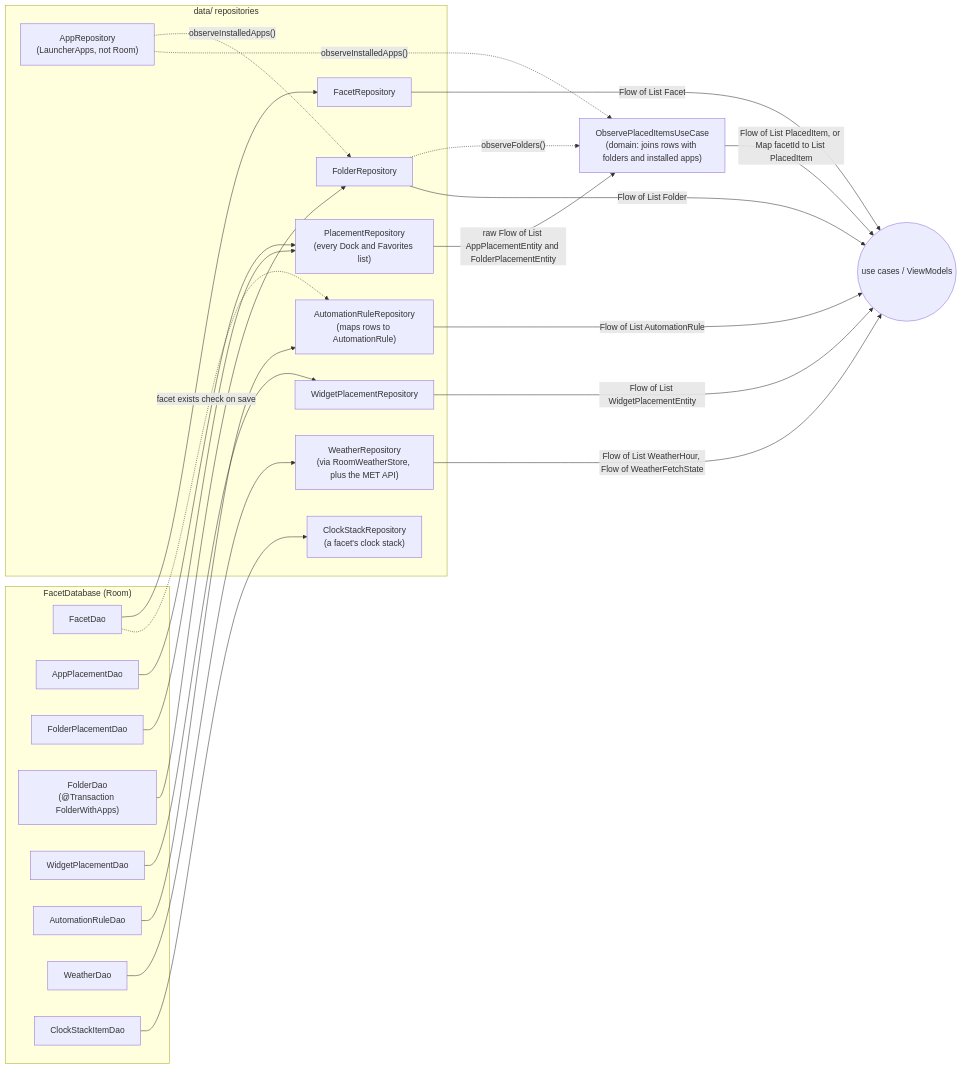
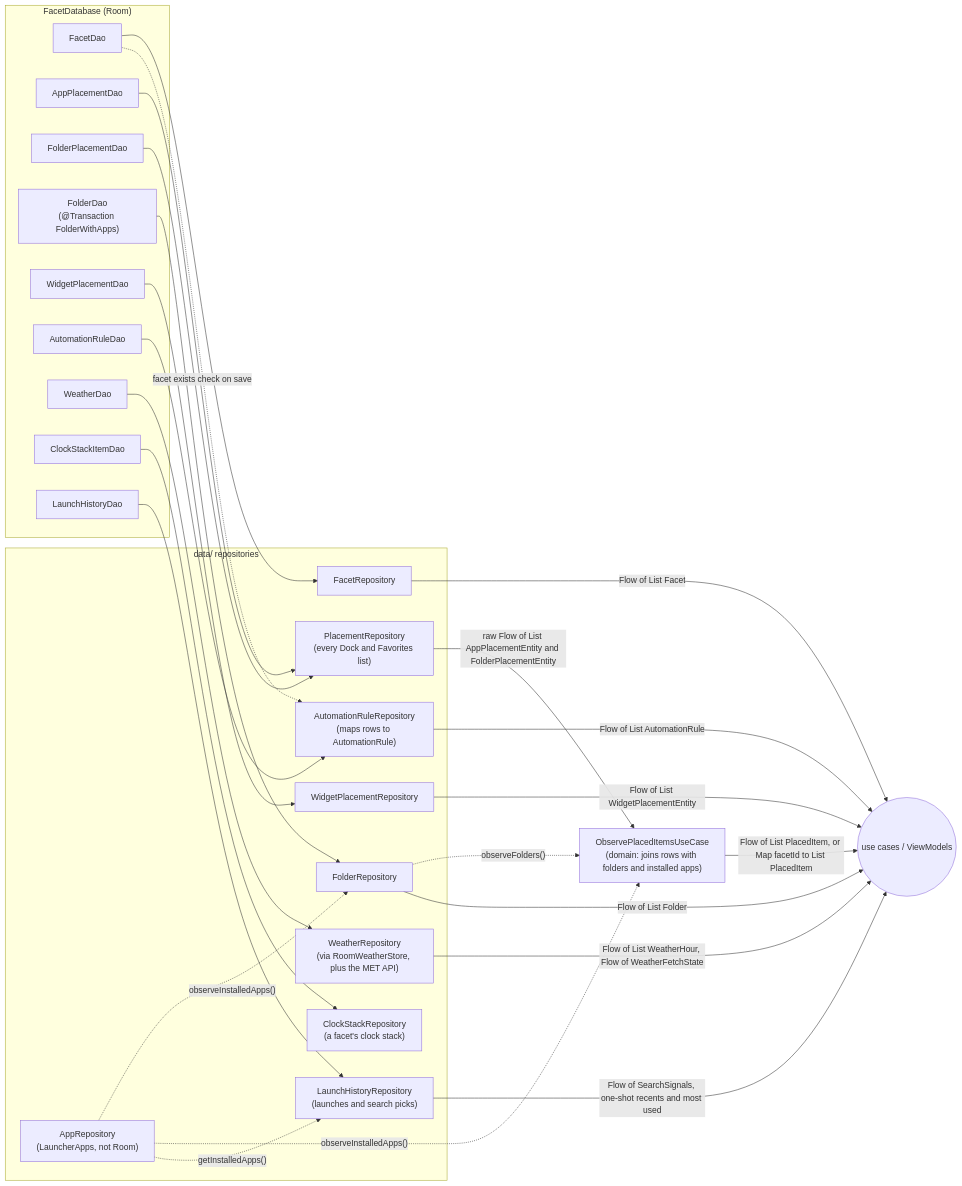
Before and after one commit to rohitganjam/facet-launcher: the second of 3 diagrams in docs/architecture/02-persistence-room.md, drawn with Mermaid. The commit also changed other lines of this file and 108 other files, not shown here.

````diff
--- a/docs/architecture/02-persistence-room.md
+++ b/docs/architecture/02-persistence-room.md
@@ -225,46 +252,51 @@
 ```mermaid
 flowchart LR
     subgraph DB["FacetDatabase (Room)"]
         FD[FacetDao]
         APD[AppPlacementDao]
         FPD[FolderPlacementDao]
         FOD["FolderDao\n(@Transaction FolderWithApps)"]
         WPD[WidgetPlacementDao]
         ARD[AutomationRuleDao]
         WTD[WeatherDao]
         CSD[ClockStackItemDao]
+        LHD[LaunchHistoryDao]
     end
 
     subgraph REPO["data/ repositories"]
         FR[FacetRepository]
         PR["PlacementRepository\n(every Dock and Favorites list)"]
         FOR[FolderRepository]
         WPR[WidgetPlacementRepository]
         ARR["AutomationRuleRepository\n(maps rows to AutomationRule)"]
         WTR["WeatherRepository\n(via RoomWeatherStore, plus the MET API)"]
         CSR["ClockStackRepository\n(a facet's clock stack)"]
+        LHR["LaunchHistoryRepository\n(launches and search picks)"]
         AR["AppRepository\n(LauncherApps, not Room)"]
     end
 
     FD --> FR
     APD --> PR
     FPD --> PR
     FOD --> FOR
     WPD --> WPR
     ARD --> ARR
     WTD --> WTR
     CSD --> CSR
+    LHD --> LHR
     FD -. "facet exists check on save" .-> ARR
 
     AR -. "observeInstalledApps()" .-> FOR
 
     FR -- "Flow of List Facet" --> OUT((use cases / ViewModels))
     PR -- "raw Flow of List AppPlacementEntity and FolderPlacementEntity" --> OPI["ObservePlacedItemsUseCase\n(domain: joins rows with folders and installed apps)"]
     FOR -. "observeFolders()" .-> OPI
     AR -. "observeInstalledApps()" .-> OPI
     OPI -- "Flow of List PlacedItem, or Map facetId to List PlacedItem" --> OUT
     FOR -- "Flow of List Folder" --> OUT
     WPR -- "Flow of List WidgetPlacementEntity" --> OUT
     ARR -- "Flow of List AutomationRule" --> OUT
     WTR -- "Flow of List WeatherHour, Flow of WeatherFetchState" --> OUT
+    LHR -- "Flow of SearchSignals, one-shot recents and most used" --> OUT
+    AR -. "getInstalledApps()" .-> LHR
 ```
````
